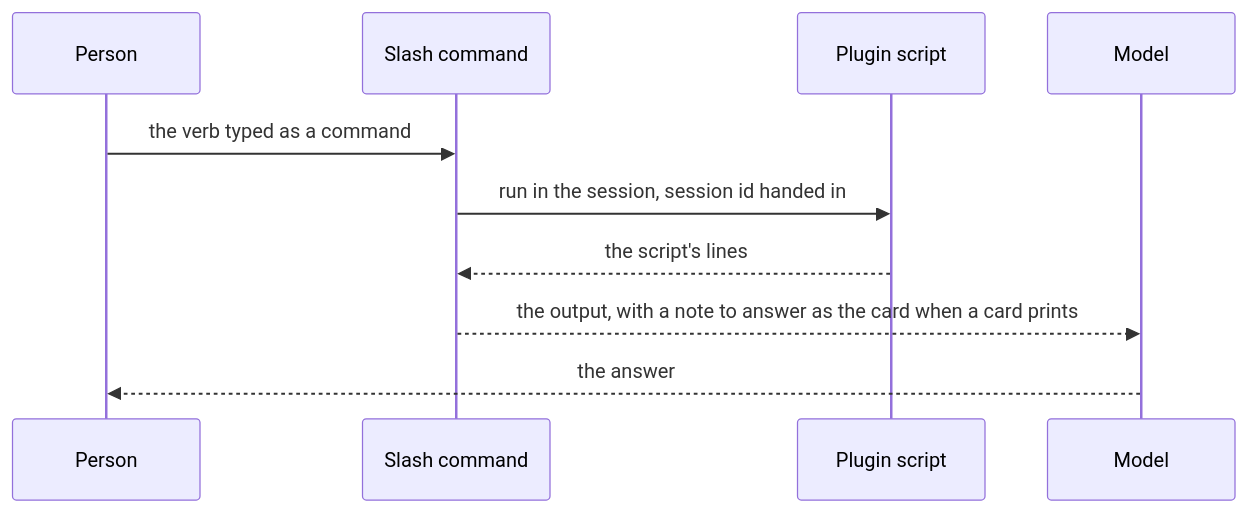
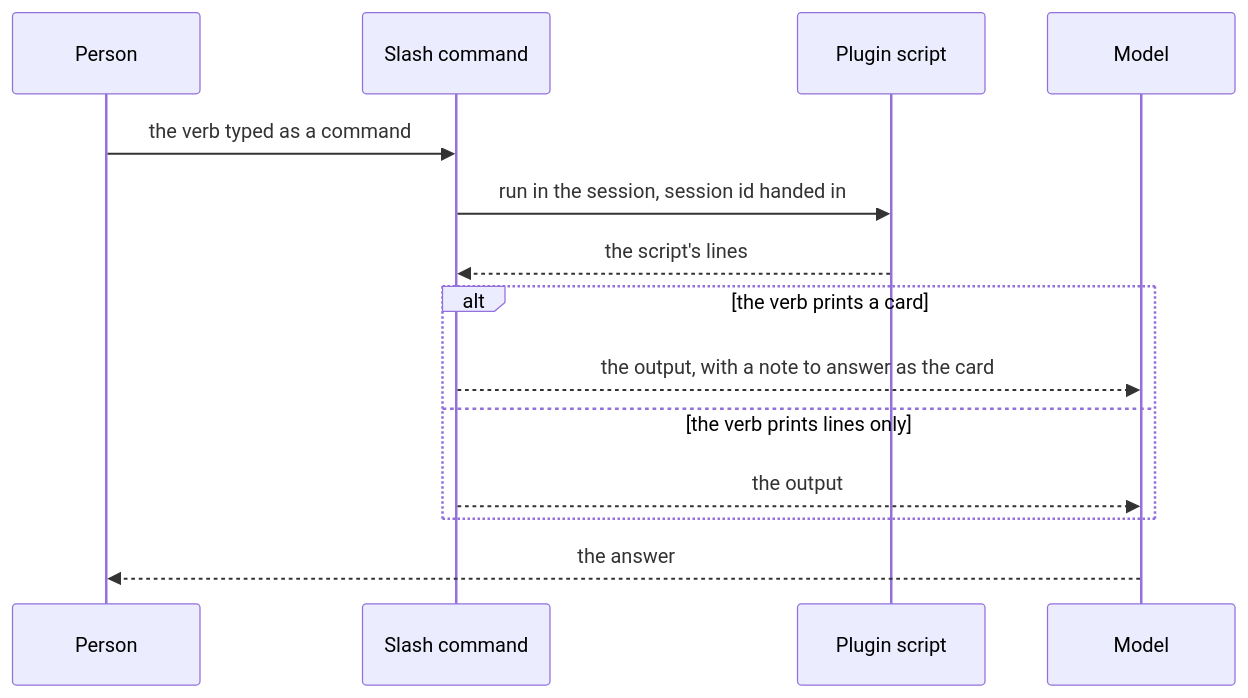
Before and after one commit to Esposter/Esposter: the diagram in openspec/specs/infra/claude-interface/persona-plugin/commands/design.md, drawn with Mermaid. The commit also changed 5 other files, not shown here.

````diff
--- a/openspec/specs/infra/claude-interface/persona-plugin/commands/design.md
+++ b/openspec/specs/infra/claude-interface/persona-plugin/commands/design.md
@@ -9,13 +9,17 @@
 ```mermaid
 sequenceDiagram
     participant Person
     participant Command as Slash command
     participant Script as Plugin script
     participant Model
 
     Person->>Command: the verb typed as a command
     Command->>Script: run in the session, session id handed in
     Script-->>Command: the script's lines
-    Command-->>Model: the output, with a note to answer as the card when a card prints
+    alt the verb prints a card
+        Command-->>Model: the output, with a note to answer as the card
+    else the verb prints lines only
+        Command-->>Model: the output
+    end
     Model-->>Person: the answer
 ```
````
